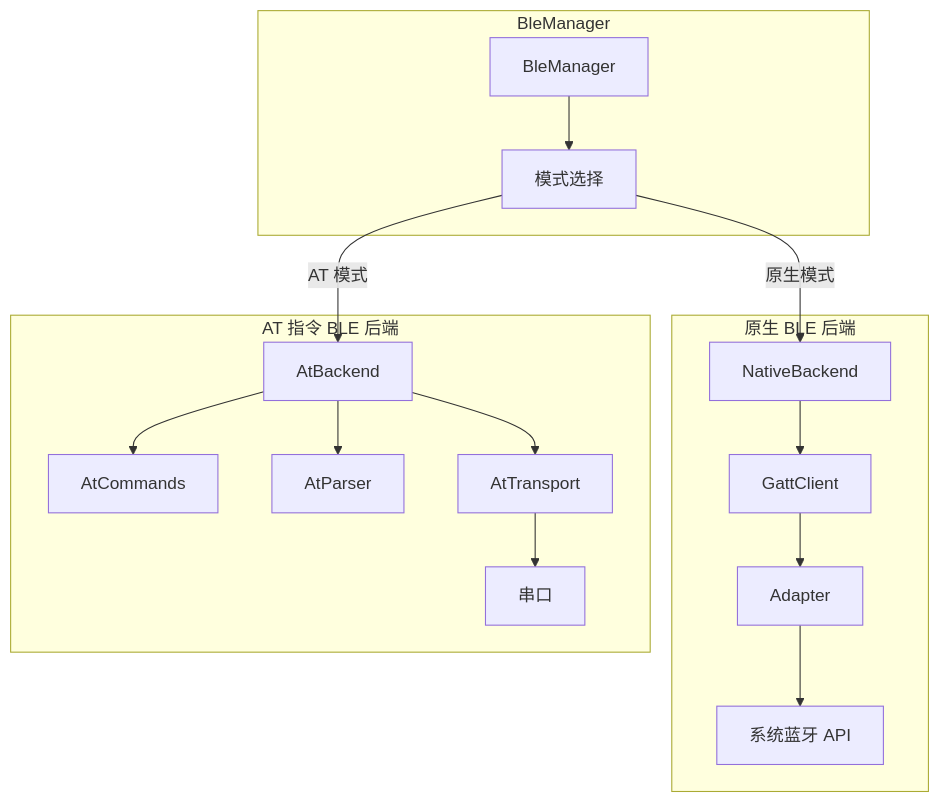
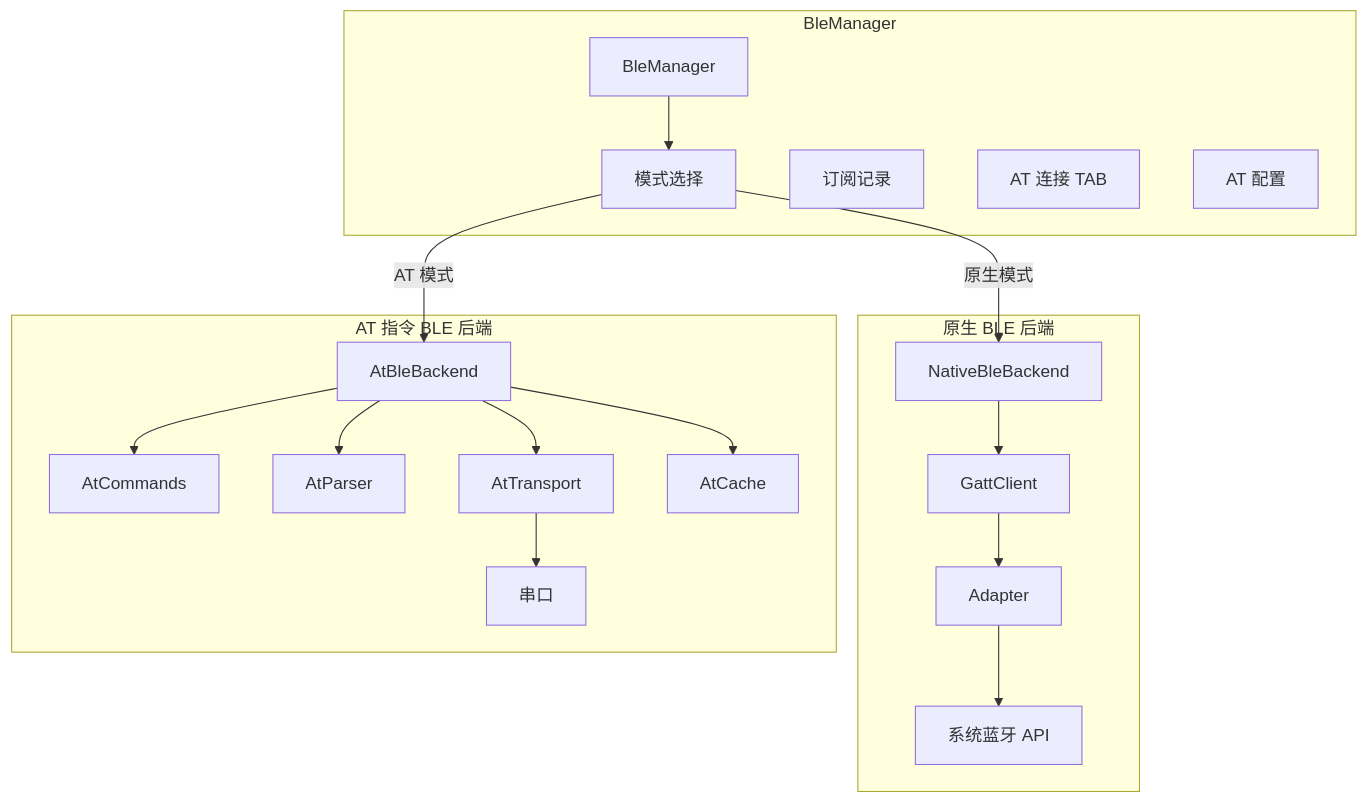
The first of 4 diagrams in docs/architecture/backend/ble-module.md (XiaoPb/combridge), drawn with Mermaid before and after one commit. The commit also changed other lines of this file and 10 other files, not shown here.

````diff
--- a/docs/architecture/backend/ble-module.md
+++ b/docs/architecture/backend/ble-module.md
@@ -18,35 +70,40 @@
 ```mermaid
 graph TB
     subgraph BleManager
         BM[BleManager]
         Mode[模式选择]
+        Subs[订阅记录]
+        AtTabs[AT 连接 TAB]
+        AtConfig[AT 配置]
     end
-    
+
     subgraph Native [原生 BLE 后端]
-        NB[NativeBackend]
+        NB[NativeBleBackend]
         GATT[GattClient]
         Adapter[Adapter]
         OS[系统蓝牙 API]
     end
-    
+
     subgraph AT [AT 指令 BLE 后端]
-        AB[AtBackend]
+        AB[AtBleBackend]
         ATCmd[AtCommands]
         ATParser[AtParser]
         ATTrans[AtTransport]
+        ATCache[AtCache]
         Serial[串口]
     end
-    
+
     BM --> Mode
     Mode -->|原生模式| NB
     Mode -->|AT 模式| AB
-    
+
     NB --> GATT
     GATT --> Adapter
     Adapter --> OS
-    
+
     AB --> ATCmd
     AB --> ATParser
     AB --> ATTrans
+    AB --> ATCache
     ATTrans --> Serial
 ```
````
